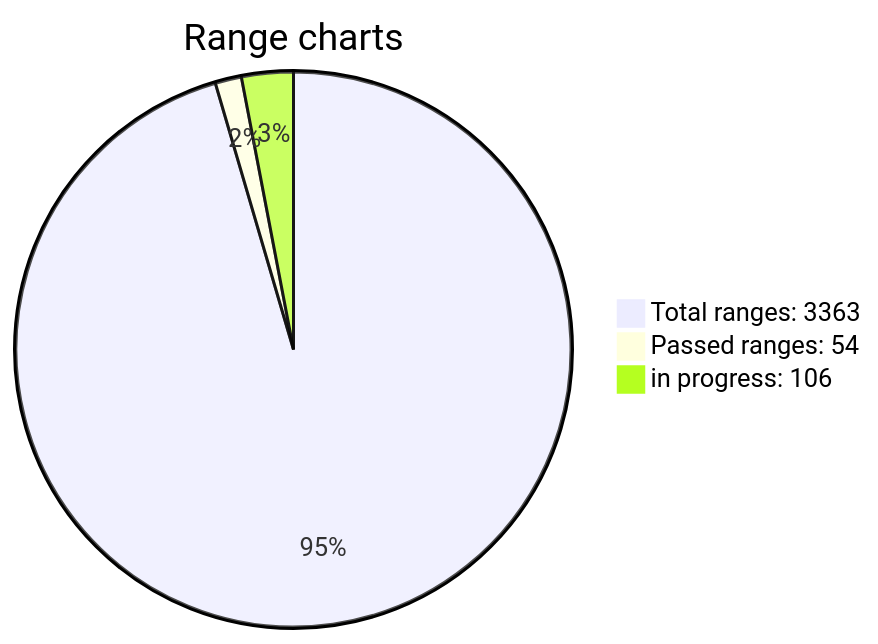
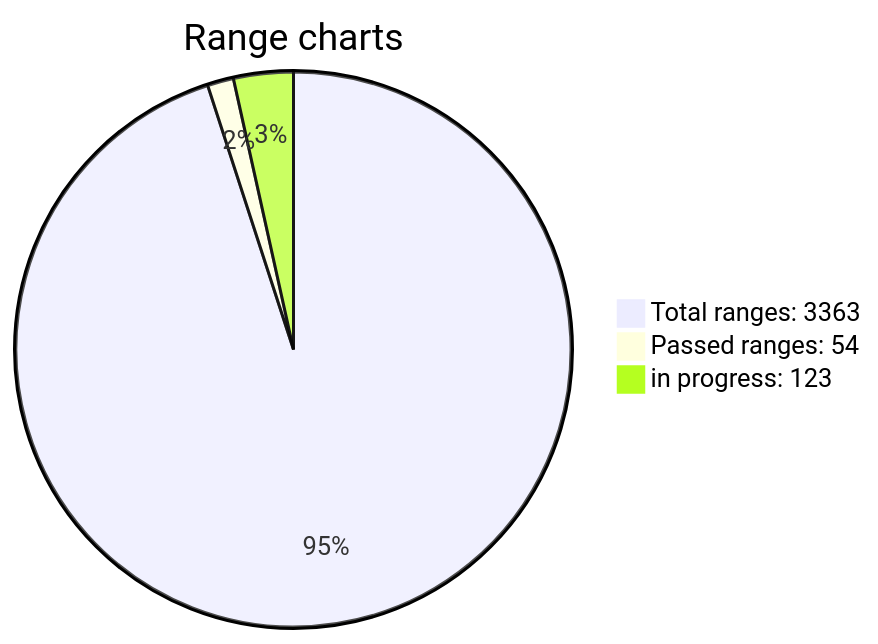
The diagram in README.md (jonlloner/wif500), drawn with Mermaid before and after one commit. The commit also changed other lines of this file, not shown here.

````diff
--- a/README.md
+++ b/README.md
@@ -87,6 +102,6 @@
 ```mermaid
 pie title Range charts
 "Total ranges: 3363" : 3363
 "Passed ranges: 54" : 54
-"in progress: 106" : 106
+"in progress: 123" : 123
 ```  
````
